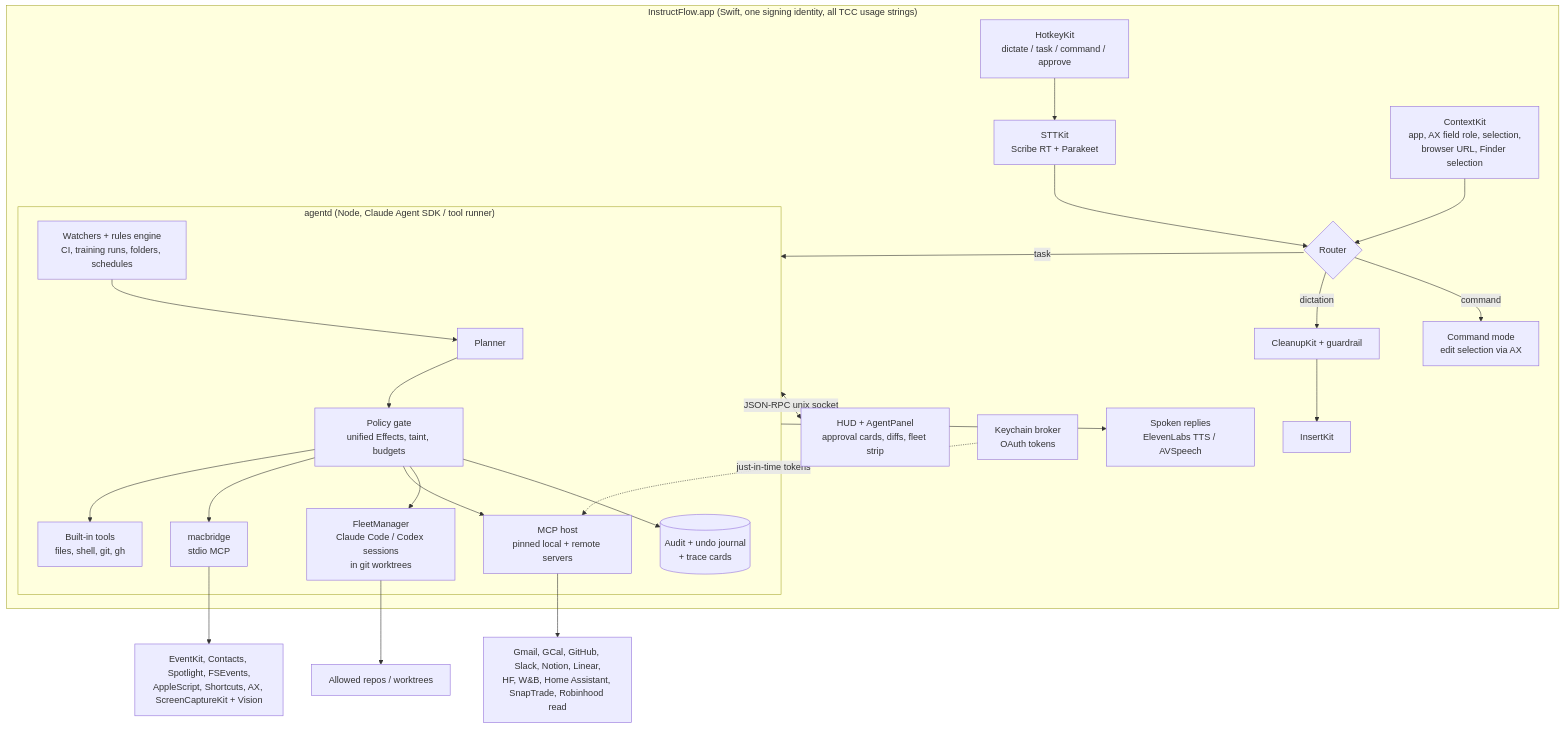
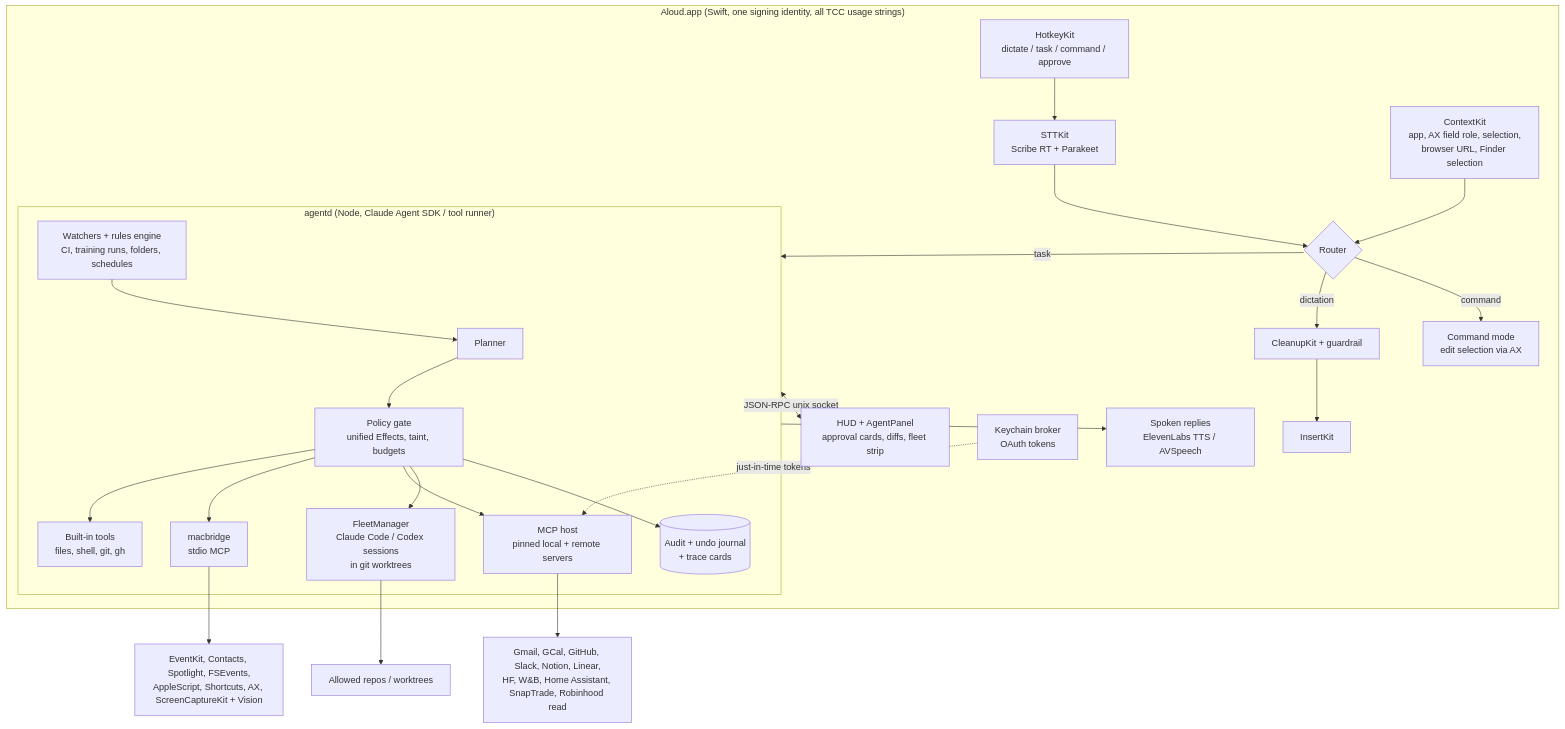
The diagram in research/07-agentic-os/00-agentic-os-report.md (slm-llm-research/aloud), drawn with Mermaid before and after one commit. The commit also changed other lines of this file and 87 other files, not shown here.

````diff
--- a/research/07-agentic-os/00-agentic-os-report.md
+++ b/research/07-agentic-os/00-agentic-os-report.md
@@ -65,32 +65,32 @@
 ```mermaid
 flowchart TB
-    subgraph App["InstructFlow.app (Swift, one signing identity, all TCC usage strings)"]
+    subgraph App["Aloud.app (Swift, one signing identity, all TCC usage strings)"]
         HK[HotkeyKit<br>dictate / task / command / approve] --> STT[STTKit<br>Scribe RT + Parakeet]
         STT --> R{Router}
         R -- dictation --> CK[CleanupKit + guardrail] --> INS[InsertKit]
         R -- command --> CMD[Command mode<br>edit selection via AX]
         R -- task --> AG
         CTX[ContextKit<br>app, AX field role, selection,<br>browser URL, Finder selection] --> R
         HUD[HUD + AgentPanel<br>approval cards, diffs, fleet strip] 
         TTS[Spoken replies<br>ElevenLabs TTS / AVSpeech]
         KC[Keychain broker<br>OAuth tokens]
     end
 
     subgraph AG["agentd (Node, Claude Agent SDK / tool runner)"]
         PL[Planner] --> GATE[Policy gate<br>unified Effects, taint, budgets]
         GATE --> T1[Built-in tools<br>files, shell, git, gh]
         GATE --> MB[macbridge<br>stdio MCP]
         GATE --> MH[MCP host<br>pinned local + remote servers]
         GATE --> FL[FleetManager<br>Claude Code / Codex sessions<br>in git worktrees]
         W[Watchers + rules engine<br>CI, training runs, folders, schedules] --> PL
         AUD[(Audit + undo journal<br>+ trace cards)]
         GATE --> AUD
     end
 
     MB --> MAC[EventKit, Contacts, Spotlight, FSEvents,<br>AppleScript, Shortcuts, AX, ScreenCaptureKit + Vision]
     MH --> WEB[Gmail, GCal, GitHub, Slack, Notion, Linear,<br>HF, W&B, Home Assistant, SnapTrade, Robinhood read]
     FL --> REPO[Allowed repos / worktrees]
     AG <-- JSON-RPC unix socket --> HUD
     AG --> TTS
     KC -. just-in-time tokens .-> MH
 ```
````
